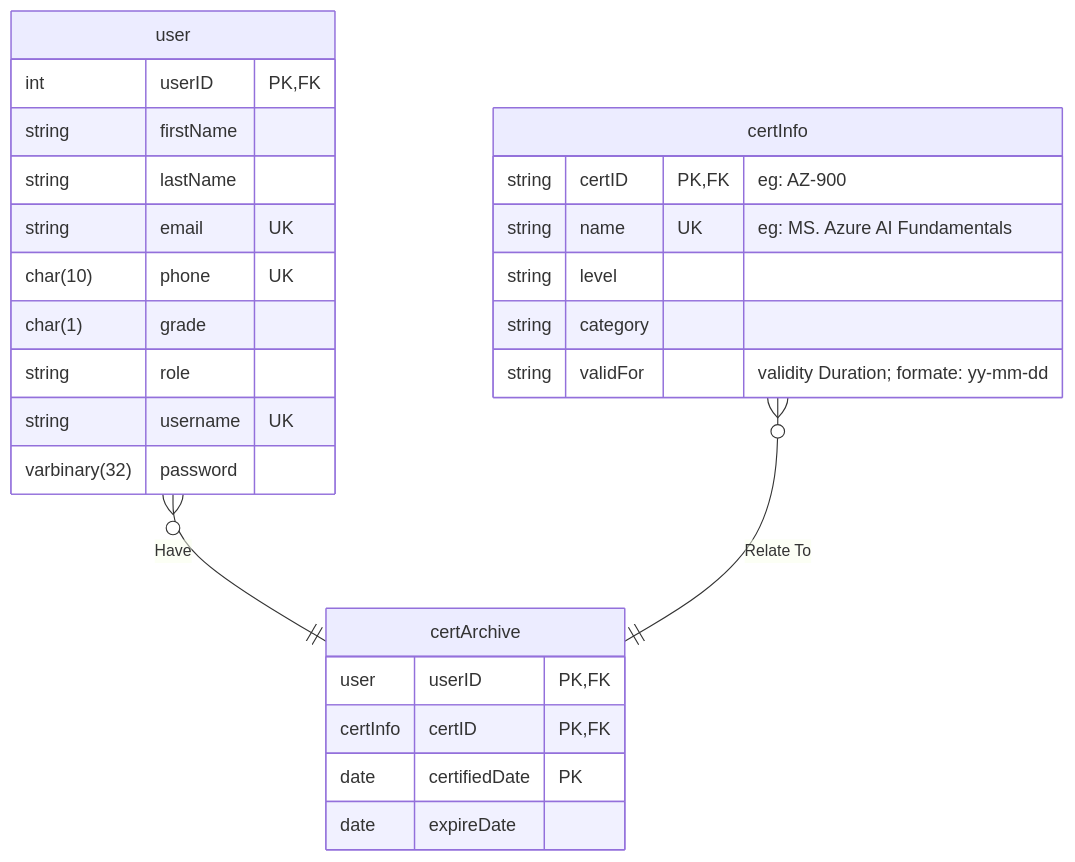
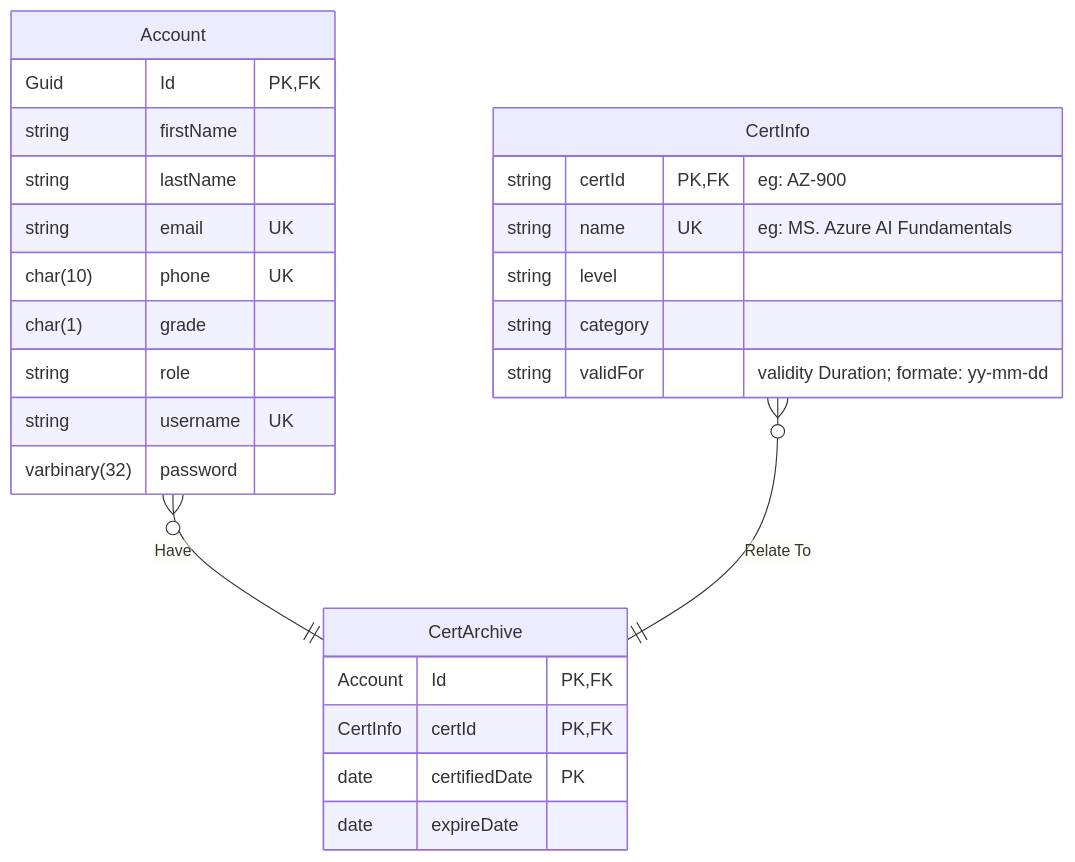
The diagram in README.md (bsumner2/cs590_stub), drawn with Mermaid before and after one commit. The commit also changed other lines of this file, not shown here.

````diff
--- a/README.md
+++ b/README.md
@@ -50,30 +55,31 @@
 ```mermaid
 erDiagram
-    user {
-        int             userID PK, FK
+    Account {
+        Guid            Id PK, FK
         string          firstName
         string          lastName
         string          email UK
         char(10)        phone UK
         char(1)         grade
         string          role
         string          username UK
         varbinary(32)   password
+
     }
-    certInfo {
-        string      certID PK, FK "eg: AZ-900"
+    CertInfo {
+        string      certId PK, FK "eg: AZ-900"
         string      name UK "eg: MS. Azure AI Fundamentals"
         string      level
         string      category
         string      validFor "validity Duration; formate: yy-mm-dd"
     }
-    certArchive {
-        user        userID PK, FK
-        certInfo    certID PK, FK
+    CertArchive {
+        Account        Id PK, FK
+        CertInfo    certId PK, FK
         date        certifiedDate PK
         date        expireDate
     }
     
-    user     }o--|| certArchive : Have
-    certInfo }o--|| certArchive : "Relate To"
+    Account     }o--|| CertArchive : Have
+    CertInfo }o--|| CertArchive : "Relate To"
 ```
````
